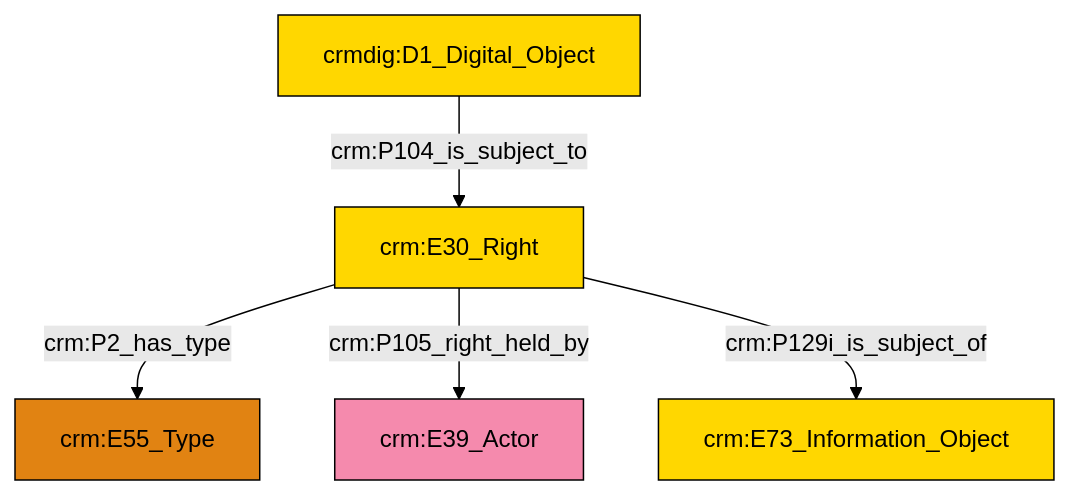
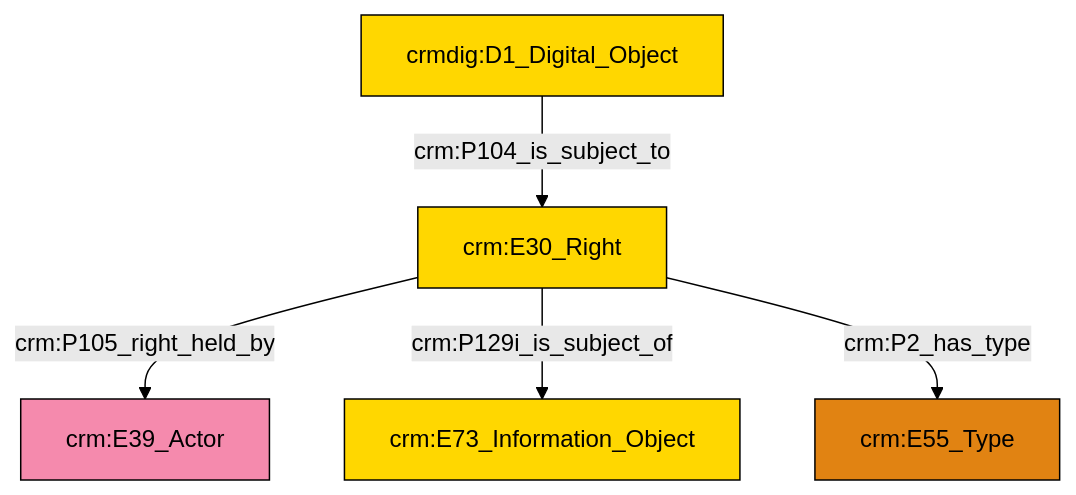
One commit to swiss-art-research-net/docs.swissartresearch changed the diagram in et/doCSV/ttl/mmd/do_rights.ttl.mmd. Above: the diagram before and after it, drawn with Mermaid (forest theme). The commit also changed 183 other files, not shown here.

```diff
--- a/et/doCSV/ttl/mmd/do_rights.ttl.mmd
+++ b/et/doCSV/ttl/mmd/do_rights.ttl.mmd
@@ -1,19 +1,19 @@
 graph TD
 classDef Literal fill:#f2f2f2,stroke:#000000;
 classDef CRM_Entity fill:#FFFFFF,stroke:#000000;
 classDef Temporal_Entity fill:#00C9E6, stroke:#000000;
 classDef Type fill:#E18312, stroke:#000000;
 classDef Time-Span fill:#2C9C91, stroke:#000000;
 classDef Appellation fill:#FFEB7F, stroke:#000000;
 classDef Place fill:#008836, stroke:#000000;
 classDef Persistent_Item fill:#B266B2, stroke:#000000;
 classDef Conceptual_Object fill:#FFD700, stroke:#000000;
 classDef Physical_Thing fill:#D2B48C, stroke:#000000;
 classDef Actor fill:#f58aad, stroke:#000000;
 classDef PC_Classes fill:#4ce600, stroke:#000000;
 classDef Multi fill:#cccccc,stroke:#000000;
 
-0["crm:E30_Right"]:::Conceptual_Object -->|crm:P2_has_type| 1["crm:E55_Type"]:::Type
-2["crmdig:D1_Digital_Object"]:::Conceptual_Object -->|crm:P104_is_subject_to| 0["crm:E30_Right"]:::Conceptual_Object
-0["crm:E30_Right"]:::Conceptual_Object -->|crm:P105_right_held_by| 3["crm:E39_Actor"]:::Actor
-0["crm:E30_Right"]:::Conceptual_Object -->|crm:P129i_is_subject_of| 7["crm:E73_Information_Object"]:::Conceptual_Object
+0["crm:E30_Right"]:::Conceptual_Object -->|crm:P105_right_held_by| 1["crm:E39_Actor"]:::Actor
+0["crm:E30_Right"]:::Conceptual_Object -->|crm:P129i_is_subject_of| 2["crm:E73_Information_Object"]:::Conceptual_Object
+0["crm:E30_Right"]:::Conceptual_Object -->|crm:P2_has_type| 4["crm:E55_Type"]:::Type
+5["crmdig:D1_Digital_Object"]:::Conceptual_Object -->|crm:P104_is_subject_to| 0["crm:E30_Right"]:::Conceptual_Object
```
